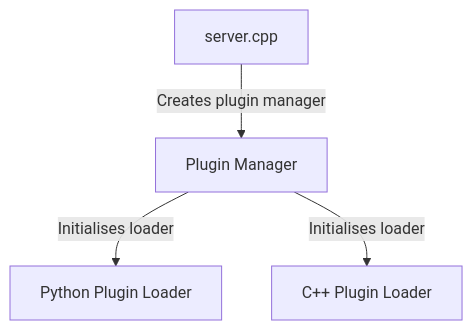
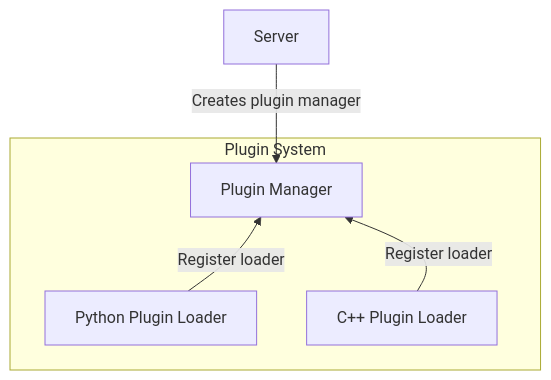
Before and after one commit to Aevarkan/endstone: the first of 4 diagrams in docs/tutorials/plugin-deep-dive.md, drawn with Mermaid. The commit also changed other lines of this file, not shown here.

````diff
--- a/docs/tutorials/plugin-deep-dive.md
+++ b/docs/tutorials/plugin-deep-dive.md
@@ -15,7 +13,8 @@
 ```mermaid
 flowchart TD
-	A[server.cpp] -->|Creates plugin manager| B[Plugin Manager]
-	B -->|Initialises loader| C[Python Plugin Loader]
-	B -->|Initialises loader| D[C++ Plugin Loader]
-
+	A[Server] -->|Creates plugin manager| B[Plugin Manager]
+	subgraph Plugin System
+	B ~~~ C[Python Plugin Loader] --Register loader--> B
+	B ~~~ D[C++ Plugin Loader] --Register loader--> B
+	end
 ```
````
